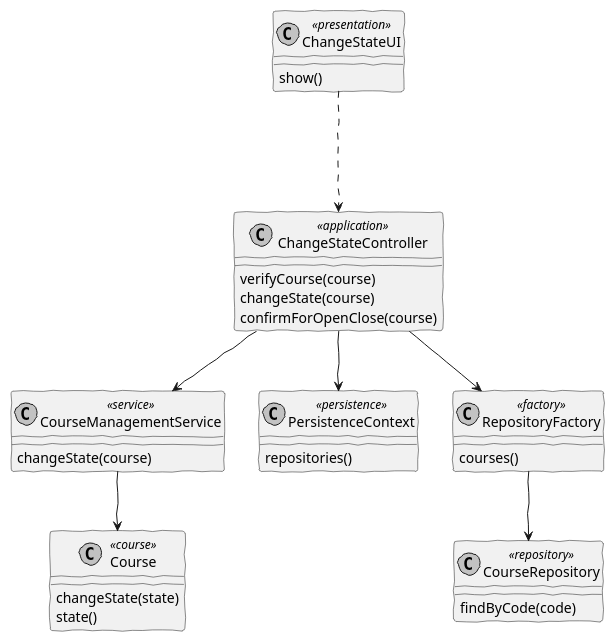
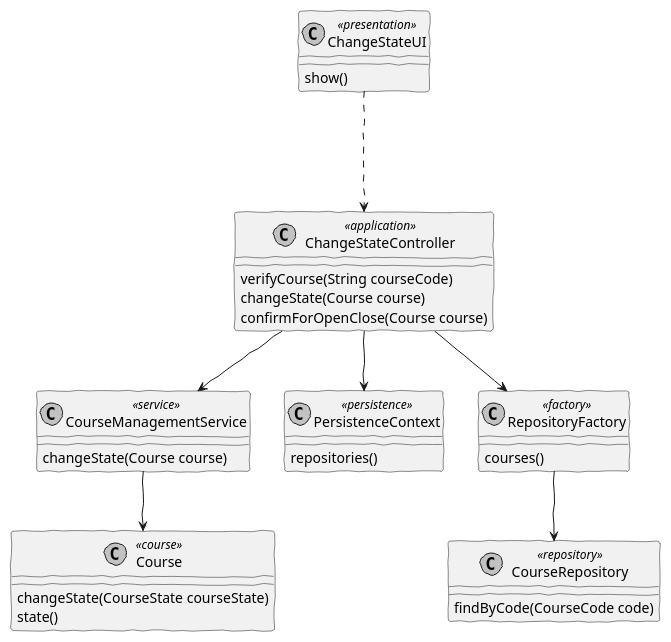
The diagram in docs/SPRINT B/US_1003/CD/CD.puml (brunacosta03/sem4pi_22_23), drawn with PlantUML before and after one commit. The commit also changed 4 other files, not shown here.

```diff
--- a/docs/SPRINT B/US_1003/CD/CD.puml
+++ b/docs/SPRINT B/US_1003/CD/CD.puml
@@ -1,59 +1,59 @@
 @startuml
 
 skinparam handwritten true
 skinparam monochrome true
 skinparam packageStyle rect
 skinparam defaultFontName FG Virgil
 skinparam shadowing false
 
 
 class ChangeStateUI <<presentation>>
 class ChangeStateController<<application>>
 class CourseManagementService<<service>>
 class Course<<course>>
 class PersistenceContext<<persistence>>
 class RepositoryFactory<<factory>>
 class CourseRepository <<repository>>
 
 class ChangeStateUI{
 show()
 }
 
 class ChangeStateController{
-verifyCourse(course)
-changeState(course)
-confirmForOpenClose(course)
+verifyCourse(String courseCode)
+changeState(Course course)
+confirmForOpenClose(Course course)
 }
 
 class PersistenceContext{
 repositories()
 }
 
 class RepositoryFactory{
 courses()
 }
 
 class CourseRepository{
-findByCode(code)
+findByCode(CourseCode code)
 }
 
 class Course{
-changeState(state)
+changeState(CourseState courseState)
 state()
 }
 
 class CourseManagementService{
-changeState(course)
+changeState(Course course)
 }
 
 ChangeStateUI -.-> ChangeStateController
 
 ChangeStateController --> PersistenceContext
 ChangeStateController --> RepositoryFactory
 ChangeStateController --> CourseManagementService
 
 RepositoryFactory --> CourseRepository
 
 CourseManagementService --> Course
 
 @enduml
```
